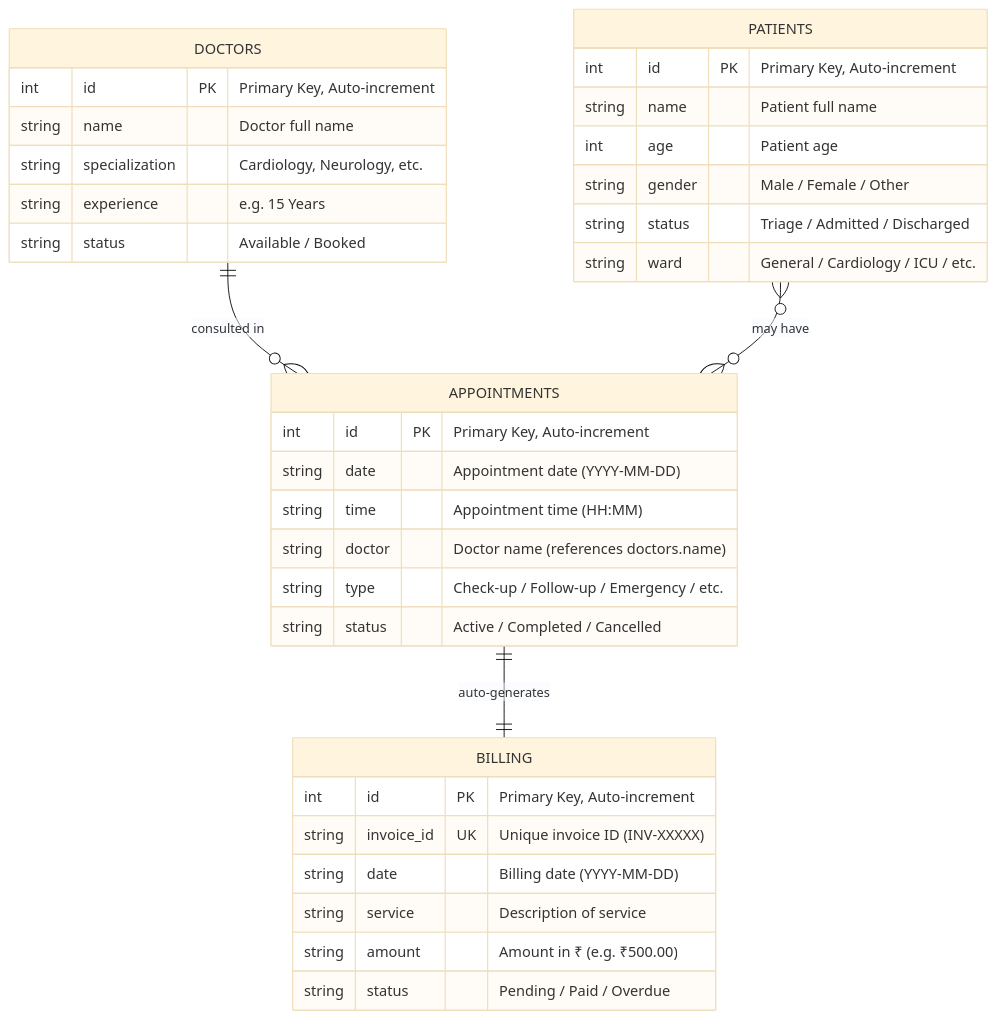
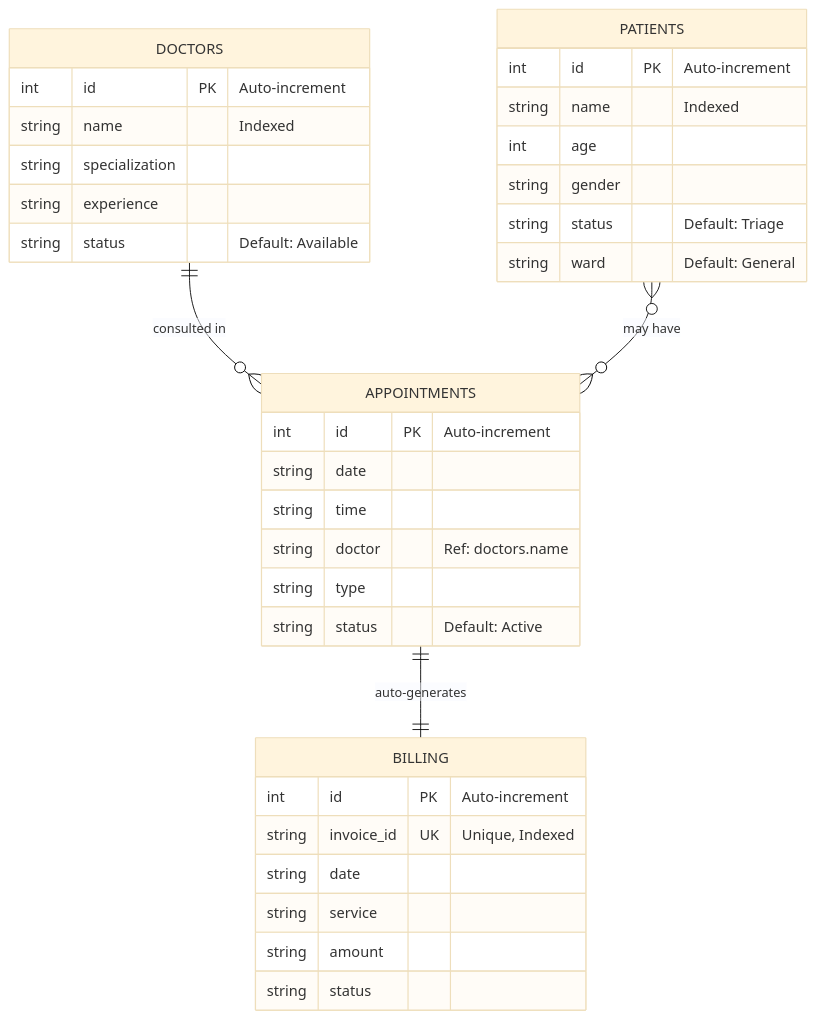
One commit to Praptii21/dbms-proj changed the second of 2 diagrams in hospital-management/presentation.md. Above: the diagram before and after it, drawn with Mermaid (base theme). The commit also changed other lines of this file and 1 other file, not shown here.

````diff
--- a/hospital-management/presentation.md
+++ b/hospital-management/presentation.md
@@ -26,41 +81,41 @@
 ```mermaid
 erDiagram
     PATIENTS {
-        int id PK "Primary Key, Auto-increment"
-        string name "Patient full name"
-        int age "Patient age"
-        string gender "Male / Female / Other"
-        string status "Triage / Admitted / Discharged"
-        string ward "General / Cardiology / ICU / etc."
+        int id PK "Auto-increment"
+        string name "Indexed"
+        int age ""
+        string gender ""
+        string status "Default: Triage"
+        string ward "Default: General"
     }
 
     DOCTORS {
-        int id PK "Primary Key, Auto-increment"
-        string name "Doctor full name"
-        string specialization "Cardiology, Neurology, etc."
-        string experience "e.g. 15 Years"
-        string status "Available / Booked"
+        int id PK "Auto-increment"
+        string name "Indexed"
+        string specialization ""
+        string experience ""
+        string status "Default: Available"
     }
 
     APPOINTMENTS {
-        int id PK "Primary Key, Auto-increment"
-        string date "Appointment date (YYYY-MM-DD)"
-        string time "Appointment time (HH:MM)"
-        string doctor "Doctor name (references doctors.name)"
-        string type "Check-up / Follow-up / Emergency / etc."
-        string status "Active / Completed / Cancelled"
+        int id PK "Auto-increment"
+        string date ""
+        string time ""
+        string doctor "Ref: doctors.name"
+        string type ""
+        string status "Default: Active"
     }
 
     BILLING {
-        int id PK "Primary Key, Auto-increment"
-        string invoice_id UK "Unique invoice ID (INV-XXXXX)"
-        string date "Billing date (YYYY-MM-DD)"
-        string service "Description of service"
-        string amount "Amount in ₹ (e.g. ₹500.00)"
-        string status "Pending / Paid / Overdue"
+        int id PK "Auto-increment"
+        string invoice_id UK "Unique, Indexed"
+        string date ""
+        string service ""
+        string amount ""
+        string status ""
     }
 
     DOCTORS ||--o{ APPOINTMENTS : "consulted in"
     APPOINTMENTS ||--|| BILLING : "auto-generates"
     PATIENTS }o--o{ APPOINTMENTS : "may have"
 ```
````
